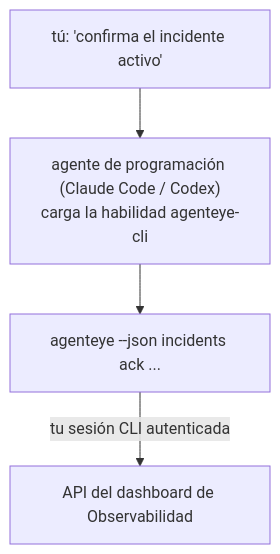
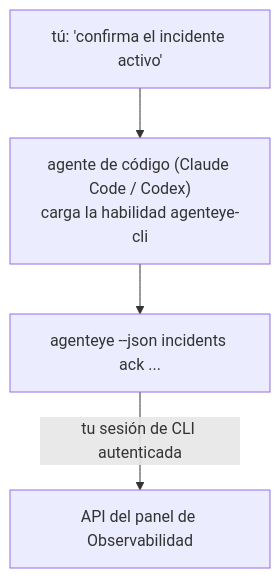
The diagram in docs/es/agenteye/cli-skill.mdx (FailproofAI/failproofai), drawn with Mermaid before and after one commit. The commit also changed other lines of this file and 650 other files, not shown here.

````diff
--- a/docs/es/agenteye/cli-skill.mdx
+++ b/docs/es/agenteye/cli-skill.mdx
@@ -28,6 +28,6 @@
 ```mermaid
 flowchart TD
-    YOU["tú: 'confirma el incidente activo'"] --> AGENT["agente de programación (Claude Code / Codex)<br/>carga la habilidad agenteye-cli"]
+    YOU["tú: 'confirma el incidente activo'"] --> AGENT["agente de código (Claude Code / Codex)<br/>carga la habilidad agenteye-cli"]
     AGENT --> CLI["agenteye --json incidents ack ..."]
-    CLI -->|tu sesión CLI autenticada| API["API del dashboard de Observabilidad"]
+    CLI -->|tu sesión de CLI autenticada| API["API del panel de Observabilidad"]
 ```
````
